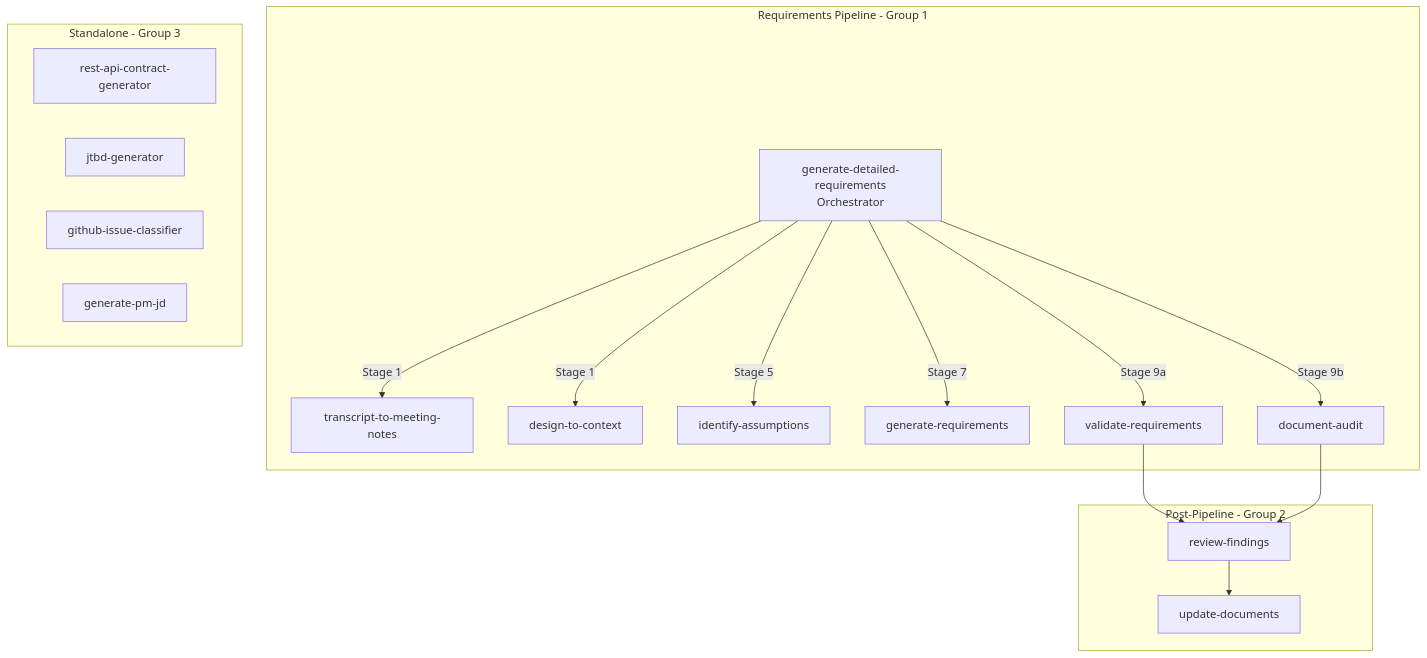
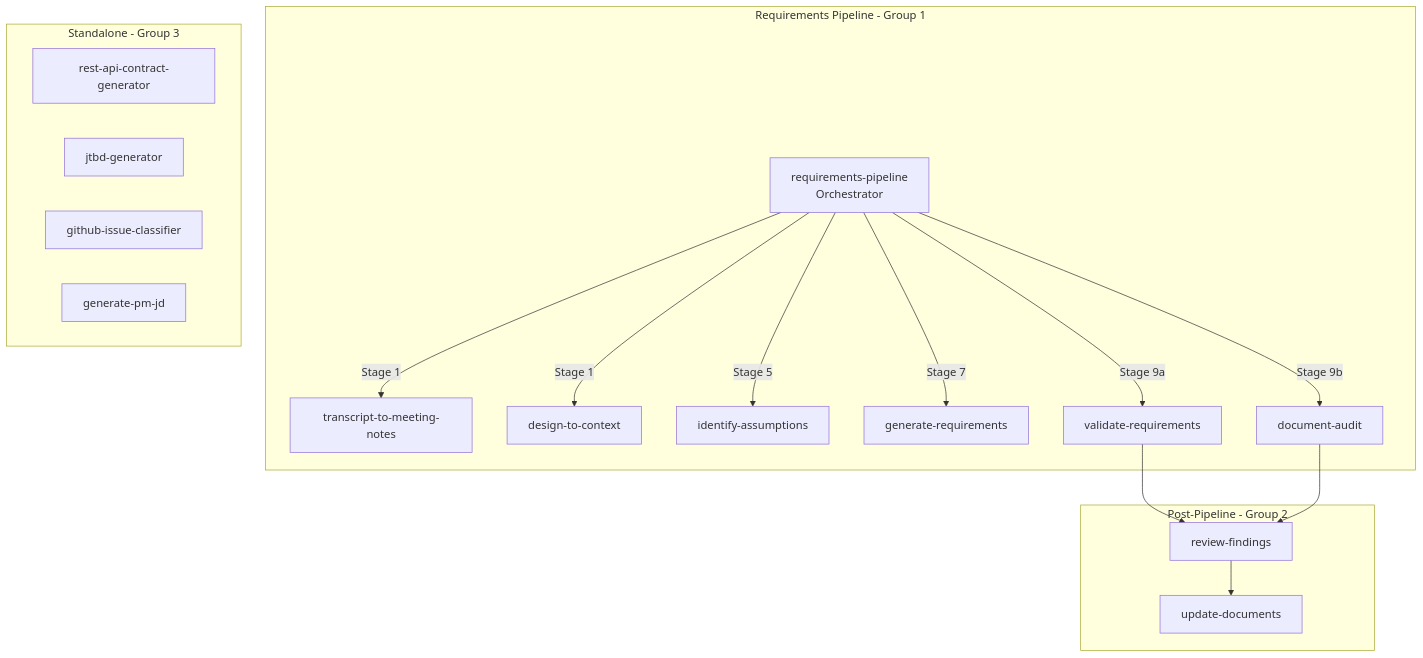
One commit to rushikeshpol02/ai-skills changed the fifth of 5 diagrams in docs/workflow-guide.md. Above: the diagram before and after it, drawn with Mermaid. The commit also changed other lines of this file and 7 other files, not shown here.

First line of the commit message:
Rename generate-detailed-requirements to requirements-pipeline

````diff
--- a/docs/workflow-guide.md
+++ b/docs/workflow-guide.md
@@ -172,35 +172,35 @@
 ```mermaid
 flowchart TD
     subgraph pipeline [Requirements Pipeline - Group 1]
-        GDR[generate-detailed-requirements\nOrchestrator]
+        GDR[requirements-pipeline\nOrchestrator]
         TMN[transcript-to-meeting-notes]
         DTC[design-to-context]
         IA[identify-assumptions]
         GR[generate-requirements]
         VR[validate-requirements]
         DA[document-audit]
     end
 
     subgraph postpipeline [Post-Pipeline - Group 2]
         RF[review-findings]
         UD[update-documents]
     end
 
     subgraph standalone [Standalone - Group 3]
         RAC[rest-api-contract-generator]
         JTBD[jtbd-generator]
         GIC[github-issue-classifier]
         PMJ[generate-pm-jd]
     end
 
     GDR -->|"Stage 1"| TMN
     GDR -->|"Stage 1"| DTC
     GDR -->|"Stage 5"| IA
     GDR -->|"Stage 7"| GR
     GDR -->|"Stage 9a"| VR
     GDR -->|"Stage 9b"| DA
 
     VR --> RF
     DA --> RF
     RF --> UD
 ```
````
